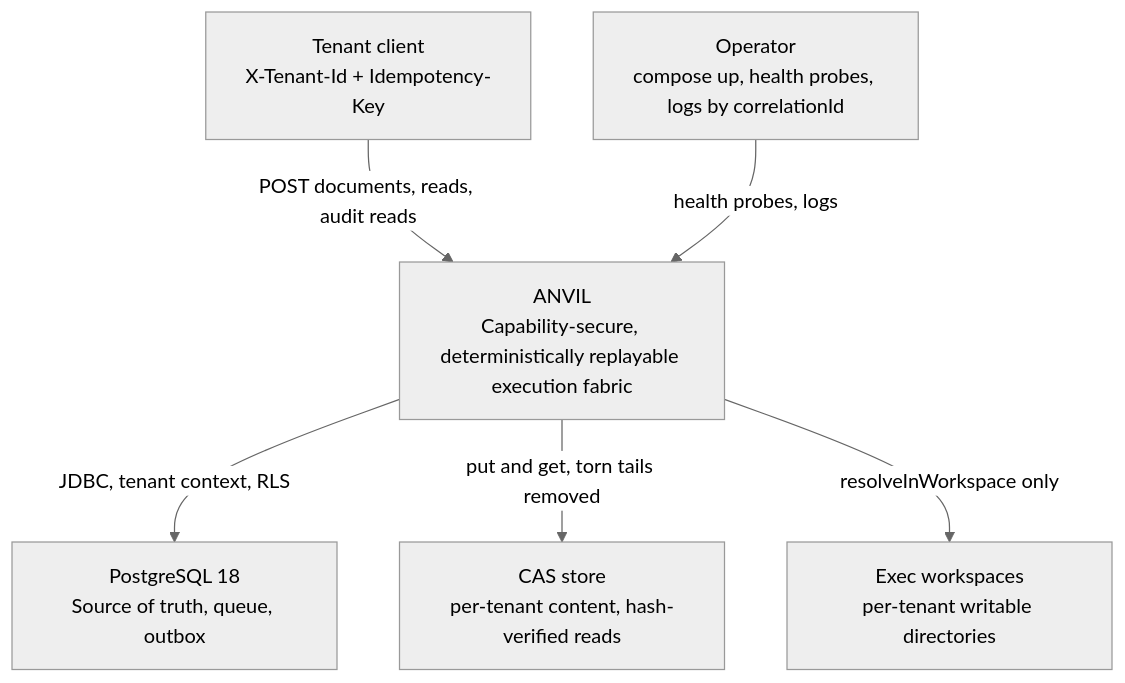
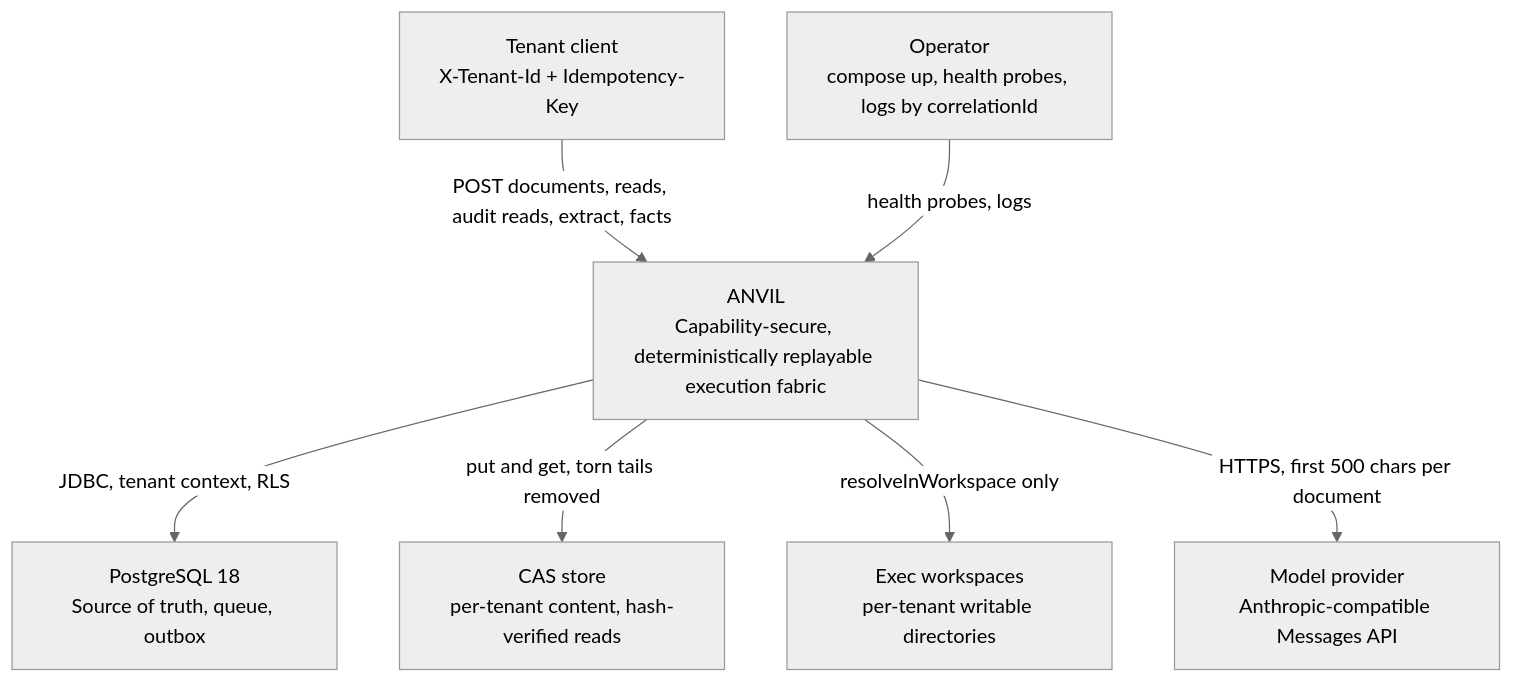
The diagram in docs/architecture/context.mmd (G1DO/anvil), drawn with Mermaid (neutral theme) before and after one commit. The commit also changed 6 other files, not shown here.

First line of the commit message:
Record single bounded extraction: decision 0022, threat model, README, diagrams

```diff
--- a/docs/architecture/context.mmd
+++ b/docs/architecture/context.mmd
@@ -1,12 +1,14 @@
 flowchart TB
     tenantClient["Tenant client<br/>X-Tenant-Id + Idempotency-Key"]
     operator["Operator<br/>compose up, health probes, logs by correlationId"]
     anvil["ANVIL<br/>Capability-secure, deterministically replayable execution fabric"]
     postgres["PostgreSQL 18<br/>Source of truth, queue, outbox"]
     casStore["CAS store<br/>per-tenant content, hash-verified reads"]
     execWorkspaces["Exec workspaces<br/>per-tenant writable directories"]
-    tenantClient -->|POST documents, reads, audit reads| anvil
+    llm["Model provider<br/>Anthropic-compatible Messages API"]
+    tenantClient -->|POST documents, reads, audit reads, extract, facts| anvil
     operator -->|health probes, logs| anvil
     anvil -->|JDBC, tenant context, RLS| postgres
     anvil -->|put and get, torn tails removed| casStore
     anvil -->|resolveInWorkspace only| execWorkspaces
+    anvil -->|HTTPS, first 500 chars per document| llm
```
